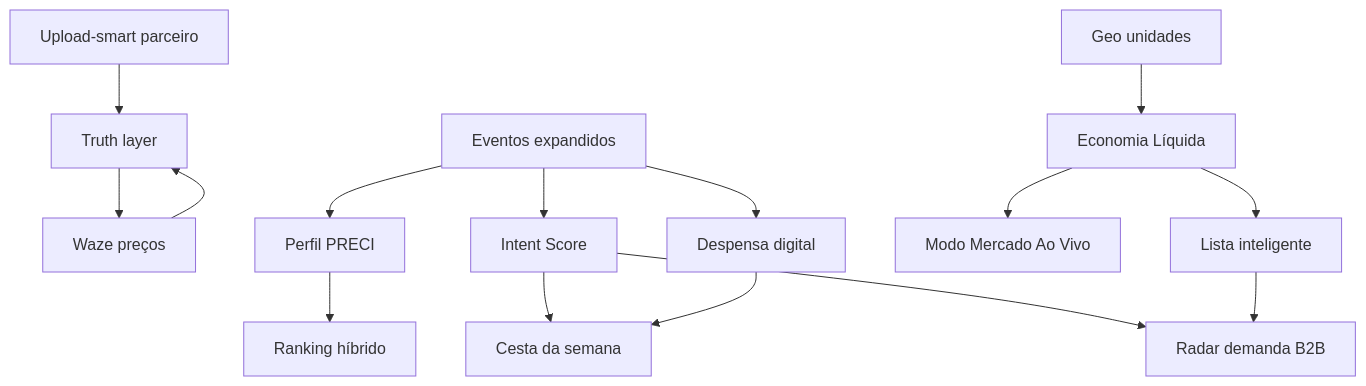
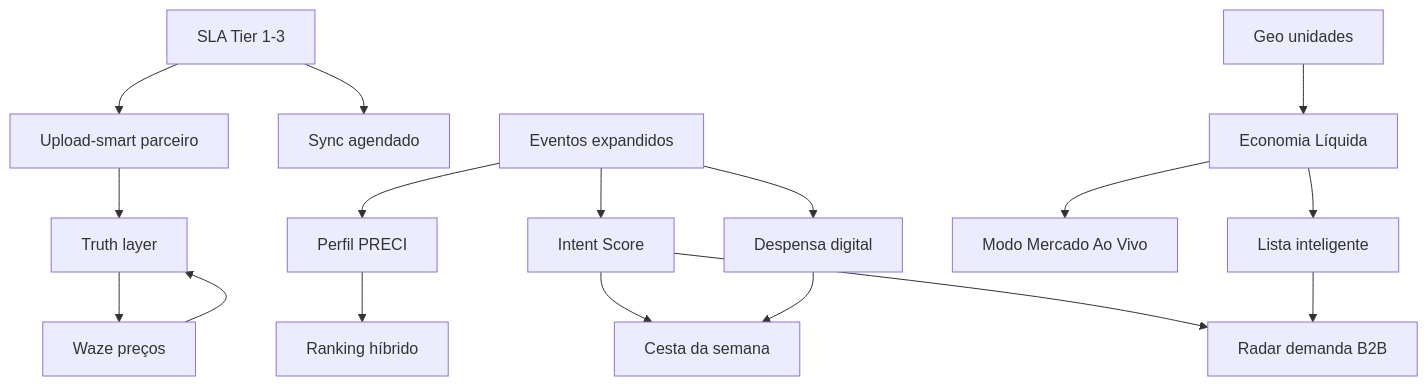
Before and after one commit to romuloroldao/PRECIVOX-: the diagram in docs/ROADMAP_PRECIVOX.md, drawn with Mermaid. The commit also changed other lines of this file and 58 other files, not shown here.

````diff
--- a/docs/ROADMAP_PRECIVOX.md
+++ b/docs/ROADMAP_PRECIVOX.md
@@ -246,17 +241,19 @@
 ```mermaid
 flowchart TD
   Upload[Upload-smart parceiro] --> Truth[Truth layer]
+  SLA[SLA Tier 1-3] --> Upload
+  SLA --> Sync[Sync agendado]
   Truth --> Crowd[Waze preços]
   Crowd --> Truth
   Events[Eventos expandidos] --> Intent[Intent Score]
   Intent --> Cesta[Cesta da semana]
   Events --> Perfil[Perfil PRECI]
   Perfil --> Rank[Ranking híbrido]
   Geo[Geo unidades] --> EL[Economia Líquida]
   EL --> Lista[Lista inteligente]
   EL --> Modo[Modo Mercado Ao Vivo]
   Events --> Despensa[Despensa digital]
   Despensa --> Cesta
   Intent --> Radar[Radar demanda B2B]
   Lista --> Radar
 ```
````
